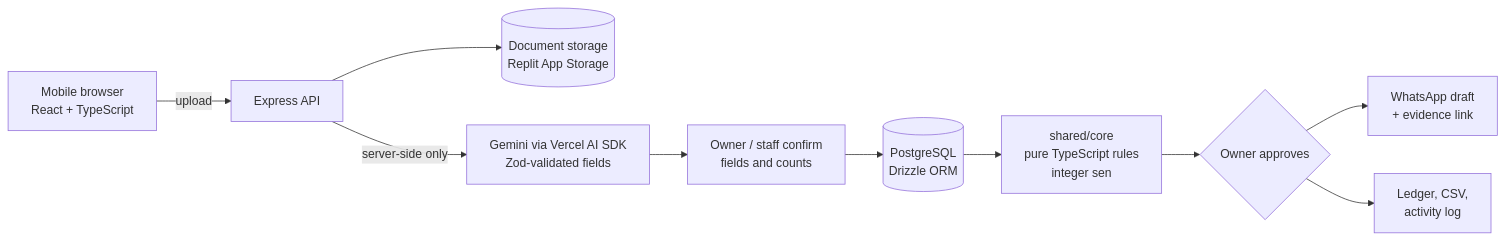
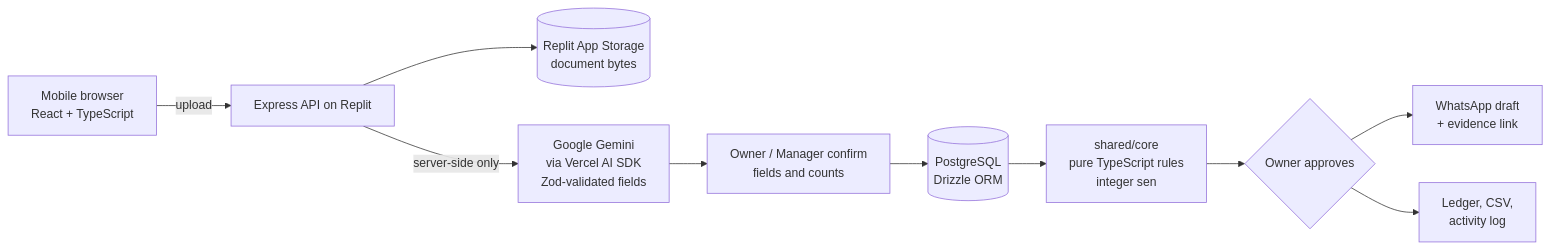
The diagram in README.md (Srinivaas-only/Tepat-Bill-), drawn with Mermaid before and after one commit. The commit also changed other lines of this file, not shown here.

First line of the commit message:
README: follow the submission template; Manager role naming

````diff
--- a/README.md
+++ b/README.md
@@ -153,12 +195,12 @@
 ```mermaid
 flowchart LR
-  A[Mobile browser<br/>React + TypeScript] -->|upload| B[Express API]
-  B --> C[(Document storage<br/>Replit App Storage)]
-  B -->|server-side only| D[Gemini via Vercel AI SDK<br/>Zod-validated fields]
-  D --> E[Owner / staff confirm<br/>fields and counts]
+  A[Mobile browser<br/>React + TypeScript] -->|upload| B[Express API on Replit]
+  B --> C[(Replit App Storage<br/>document bytes)]
+  B -->|server-side only| D[Google Gemini<br/>via Vercel AI SDK<br/>Zod-validated fields]
+  D --> E[Owner / Manager confirm<br/>fields and counts]
   E --> F[(PostgreSQL<br/>Drizzle ORM)]
   F --> G[shared/core<br/>pure TypeScript rules<br/>integer sen]
   G --> H{Owner approves}
   H --> I[WhatsApp draft<br/>+ evidence link]
   H --> J[Ledger, CSV,<br/>activity log]
 ```
````
